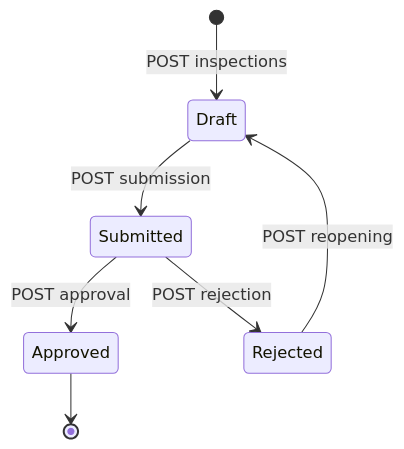
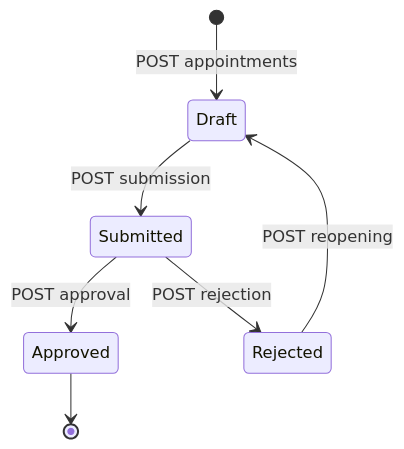
One commit to rizwi0786/system-design-lab changed the third of 3 diagrams in content/lessons/m10/m10-rest-design.md. Above: the diagram before and after it, drawn with Mermaid. The commit also changed other lines of this file and 334 other files, not shown here.

````diff
--- a/content/lessons/m10/m10-rest-design.md
+++ b/content/lessons/m10/m10-rest-design.md
@@ -259,9 +266,9 @@
 ```mermaid
 stateDiagram-v2
-    [*] --> Draft: POST inspections
+    [*] --> Draft: POST appointments
     Draft --> Submitted: POST submission
     Submitted --> Approved: POST approval
     Submitted --> Rejected: POST rejection
     Rejected --> Draft: POST reopening
     Approved --> [*]
 ```
````
